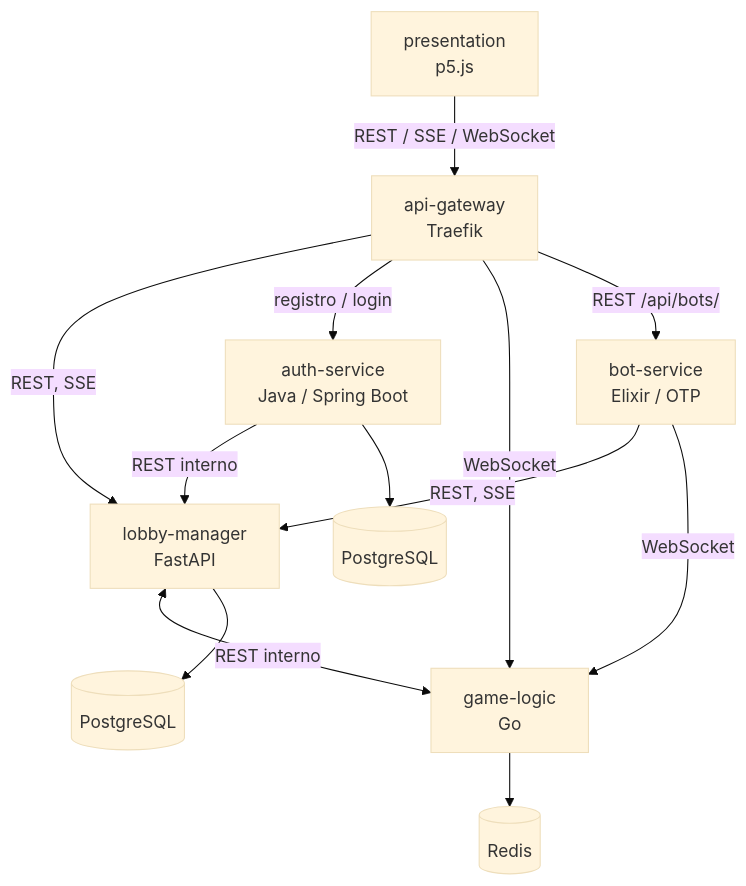
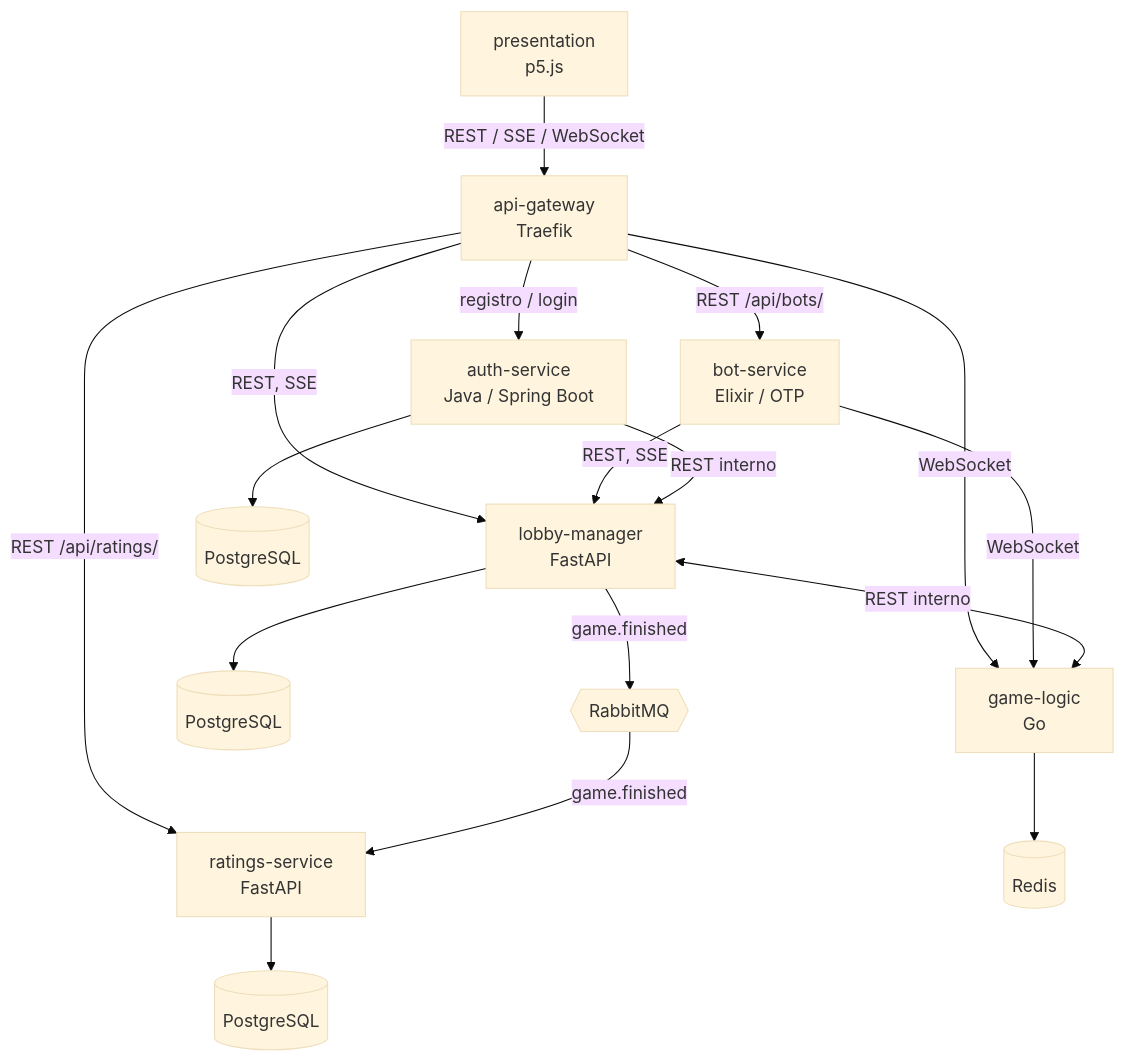
Before and after one commit to soetgdeznsgk/ArchSoft-Group1F: the diagram in README.md, drawn with Mermaid (base theme). The commit also changed other lines of this file and 57 other files, not shown here.

Commit message:
Add Spring Security to auth and event-driven ratings service

````diff
--- a/README.md
+++ b/README.md
@@ -10,15 +10,19 @@
 ```mermaid
 flowchart TB
   P[presentation<br/>p5.js] -- "REST / SSE / WebSocket" --> G[api-gateway<br/>Traefik]
   G -- "REST, SSE" --> L[lobby-manager<br/>FastAPI]
   G -- "registro / login" --> A[auth-service<br/>Java / Spring Boot]
   G -- WebSocket --> GL[game-logic<br/>Go]
   G -- "REST /api/bots/" --> B[bot-service<br/>Elixir / OTP]
+  G -- "REST /api/ratings/" --> RS[ratings-service<br/>FastAPI]
   B -- "REST, SSE" --> L
   B -- WebSocket --> GL
   A -- "REST interno" --> L
   L <-- "REST interno" --> GL
   L --> PG[(PostgreSQL)]
+  L -- "game.finished" --> MQ{{RabbitMQ}}
+  MQ -- "game.finished" --> RS
+  RS --> RPG[(PostgreSQL)]
   A --> APG[(PostgreSQL)]
   GL --> R[(Redis)]
 ```
````
